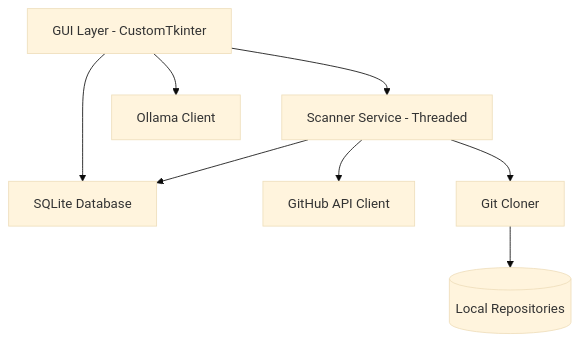
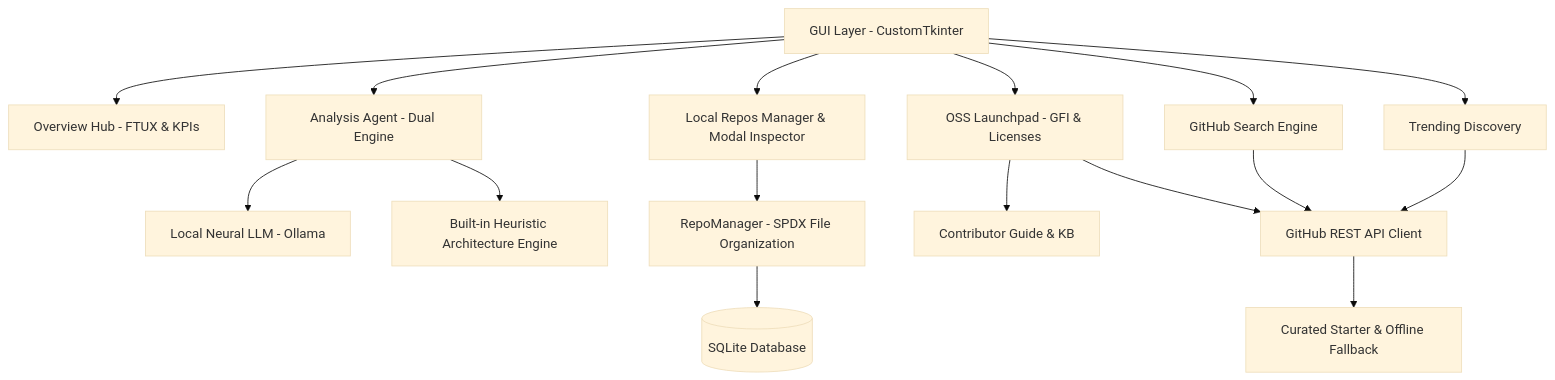
One commit to rajmehta292/OpenSourceRepoGrabber changed the diagram in DOCS.md. Above: the diagram before and after it, drawn with Mermaid (base theme). The commit also changed other lines of this file and 7 other files, not shown here.

Commit message:
feat: complete architectural overhaul, FTUX Hub, Launchpad suite, and offline heuristic engine

````diff
--- a/DOCS.md
+++ b/DOCS.md
@@ -9,10 +9,19 @@
 ```mermaid
 graph TD
-    UI[GUI Layer - CustomTkinter] --> Scanner[Scanner Service - Threaded]
-    UI --> DB[SQLite Database]
-    UI --> Ollama[Ollama Client]
-    Scanner --> GitHub[GitHub API Client]
-    Scanner --> DB
-    Scanner --> Cloner[Git Cloner]
-    Cloner --> LocalFiles[(Local Repositories)]
+    UI[GUI Layer - CustomTkinter] --> Overview[Overview Hub - FTUX & KPIs]
+    UI --> Repos[Local Repos Manager & Modal Inspector]
+    UI --> Trending[Trending Discovery]
+    UI --> Search[GitHub Search Engine]
+    UI --> Learner[OSS Launchpad - GFI & Licenses]
+    UI --> AI[Analysis Agent - Dual Engine]
+
+    AI --> Ollama[Local Neural LLM - Ollama]
+    AI --> Heuristic[Built-in Heuristic Architecture Engine]
+
+    Repos --> RepoMgr[RepoManager - SPDX File Organization]
+    Learner --> ContribGuide[Contributor Guide & KB]
+    Trending & Search & Learner --> GitHubClient[GitHub REST API Client]
+    
+    GitHubClient --> Fallback[Curated Starter & Offline Fallback]
+    RepoMgr --> DB[(SQLite Database)]
 ```
````
